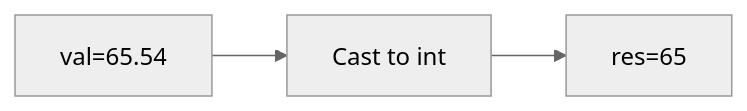
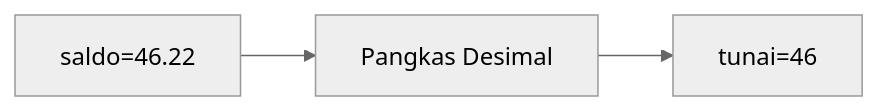
The third of 25 diagrams in part-c-pemahaman-cpp/01-tipe-data/latihan/set-04.md (amnahwaida/OSNK_INF_PREP), drawn with Mermaid (neutral theme) before and after one commit. The commit also changed other lines of this file and 71 other files, not shown here.

````diff
--- a/part-c-pemahaman-cpp/01-tipe-data/latihan/set-04.md
+++ b/part-c-pemahaman-cpp/01-tipe-data/latihan/set-04.md
@@ -75,5 +78,5 @@
 ```mermaid
 graph LR
-A["val=65.54"] --> B["Cast to int"]
-B --> C["res=65"]
+A["saldo=46.22"] --> B["Pangkas Desimal"]
+B --> C["tunai=46"]
 ```
````
